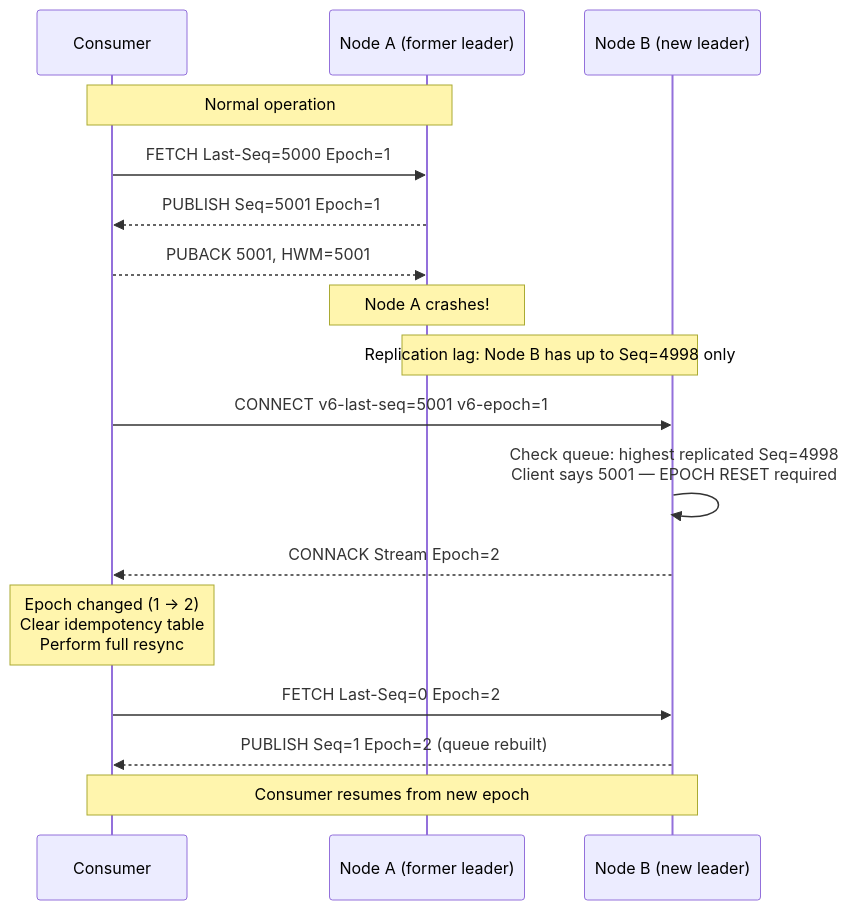
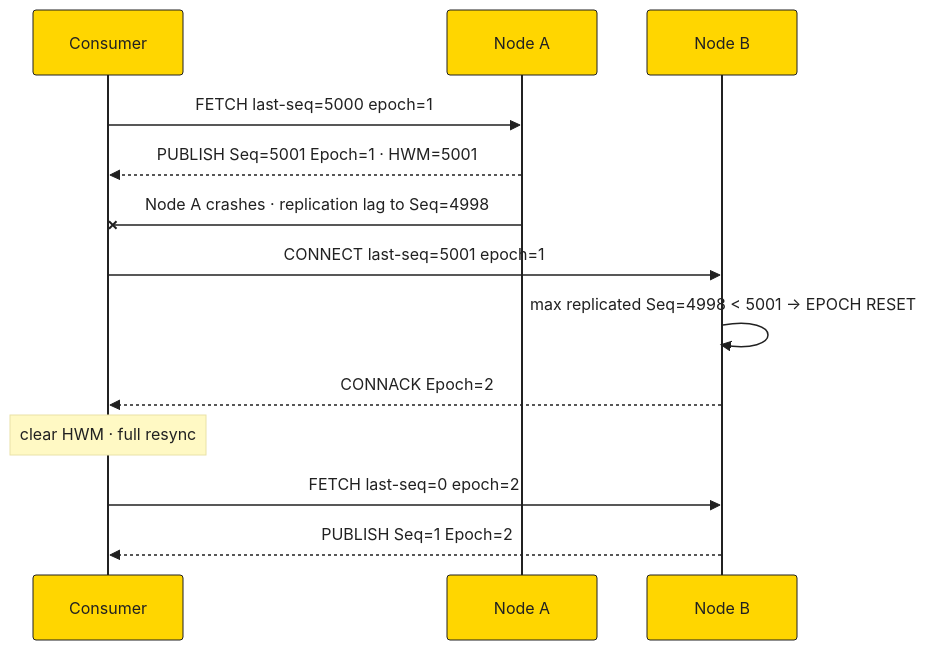
One commit to bsommers/mqtt-6.0-proposal changed the eighth of 8 diagrams in docs/diagrams/packet-flows.md. Above: the diagram before and after it, drawn with Mermaid. The commit also changed other lines of this file and 2 other files, not shown here.

First line of the commit message:
Redesign diagrams with HiveMQ black/yellow, C4, compact layout

````diff
--- a/docs/diagrams/packet-flows.md
+++ b/docs/diagrams/packet-flows.md
@@ -196,24 +155,18 @@
 ```mermaid
+%%{init:{'theme':'base','themeVariables':{'primaryColor':'#FFD600','primaryTextColor':'#212121','primaryBorderColor':'#212121','lineColor':'#212121','actorBkg':'#FFD600','actorBorder':'#212121','actorTextColor':'#212121','noteBkgColor':'#FFF9C4','noteTextColor':'#212121','activationBkgColor':'#FFF9C4','signalColor':'#212121','signalTextColor':'#212121'}}}%%
 sequenceDiagram
     participant C as Consumer
-    participant A as Node A (former leader)
-    participant B as Node B (new leader)
+    participant A as Node A
+    participant B as Node B
 
-    Note over C,A: Normal operation
-    C->>A: FETCH Last-Seq=5000 Epoch=1
-    A-->>C: PUBLISH Seq=5001 Epoch=1
-    C-->>A: PUBACK 5001, HWM=5001
+    C->>A: FETCH last-seq=5000 epoch=1
+    A-->>C: PUBLISH Seq=5001 Epoch=1 · HWM=5001
+    A-xC: Node A crashes · replication lag to Seq=4998
 
-    Note over A: Node A crashes!
-    Note over A,B: Replication lag: Node B has up to Seq=4998 only
-
-    C->>B: CONNECT v6-last-seq=5001 v6-epoch=1
-    B->>B: Check queue: highest replicated Seq=4998<br/>Client says 5001 — EPOCH RESET required
-
-    B-->>C: CONNACK Stream Epoch=2
-    Note over C: Epoch changed (1 → 2)<br/>Clear idempotency table<br/>Perform full resync
-
-    C->>B: FETCH Last-Seq=0 Epoch=2
-    B-->>C: PUBLISH Seq=1 Epoch=2 (queue rebuilt)
-    Note over B,C: Consumer resumes from new epoch
+    C->>B: CONNECT last-seq=5001 epoch=1
+    B->>B: max replicated Seq=4998 < 5001 → EPOCH RESET
+    B-->>C: CONNACK Epoch=2
+    Note over C: clear HWM · full resync
+    C->>B: FETCH last-seq=0 epoch=2
+    B-->>C: PUBLISH Seq=1 Epoch=2
 ```
````
